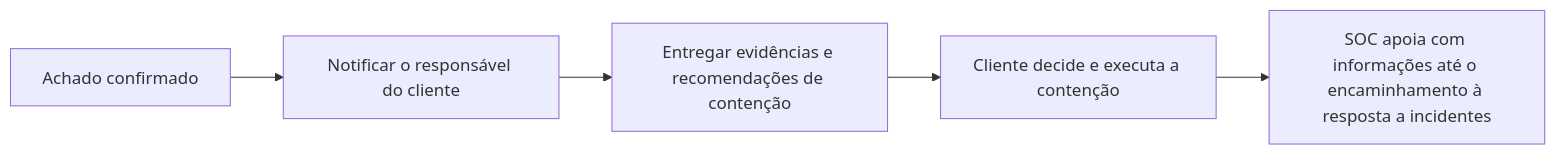
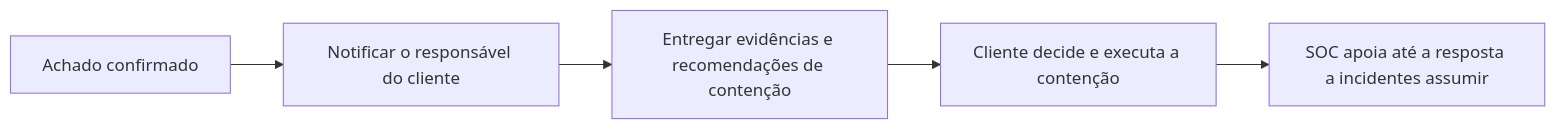
The second of 3 diagrams in 01-processo/escalonamento.md (efernandesmateus/Threat-Hunting), drawn with Mermaid before and after one commit. The commit also changed 14 other files, not shown here.

````diff
--- a/01-processo/escalonamento.md
+++ b/01-processo/escalonamento.md
@@ -42,7 +42,7 @@
 ```mermaid
 flowchart LR
     A[Achado confirmado] --> B[Notificar o responsável do cliente]
     B --> C[Entregar evidências e recomendações de contenção]
     C --> D[Cliente decide e executa a contenção]
-    D --> E[SOC apoia com informações até o encaminhamento à resposta a incidentes]
+    D --> E[SOC apoia até a resposta a incidentes assumir]
 ```
````
